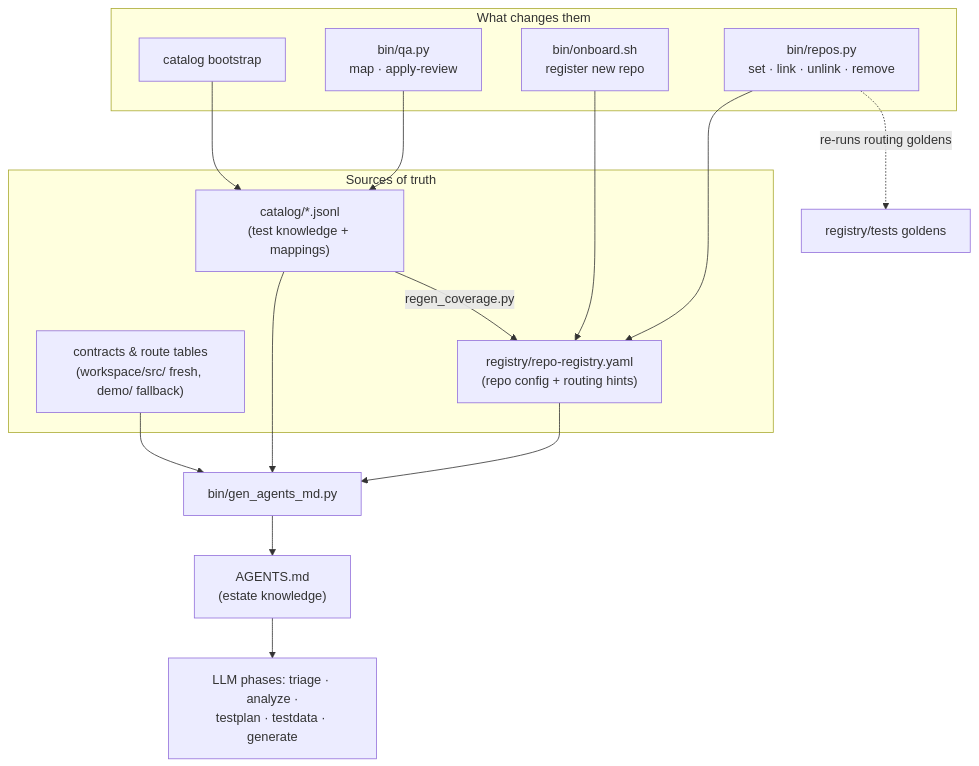
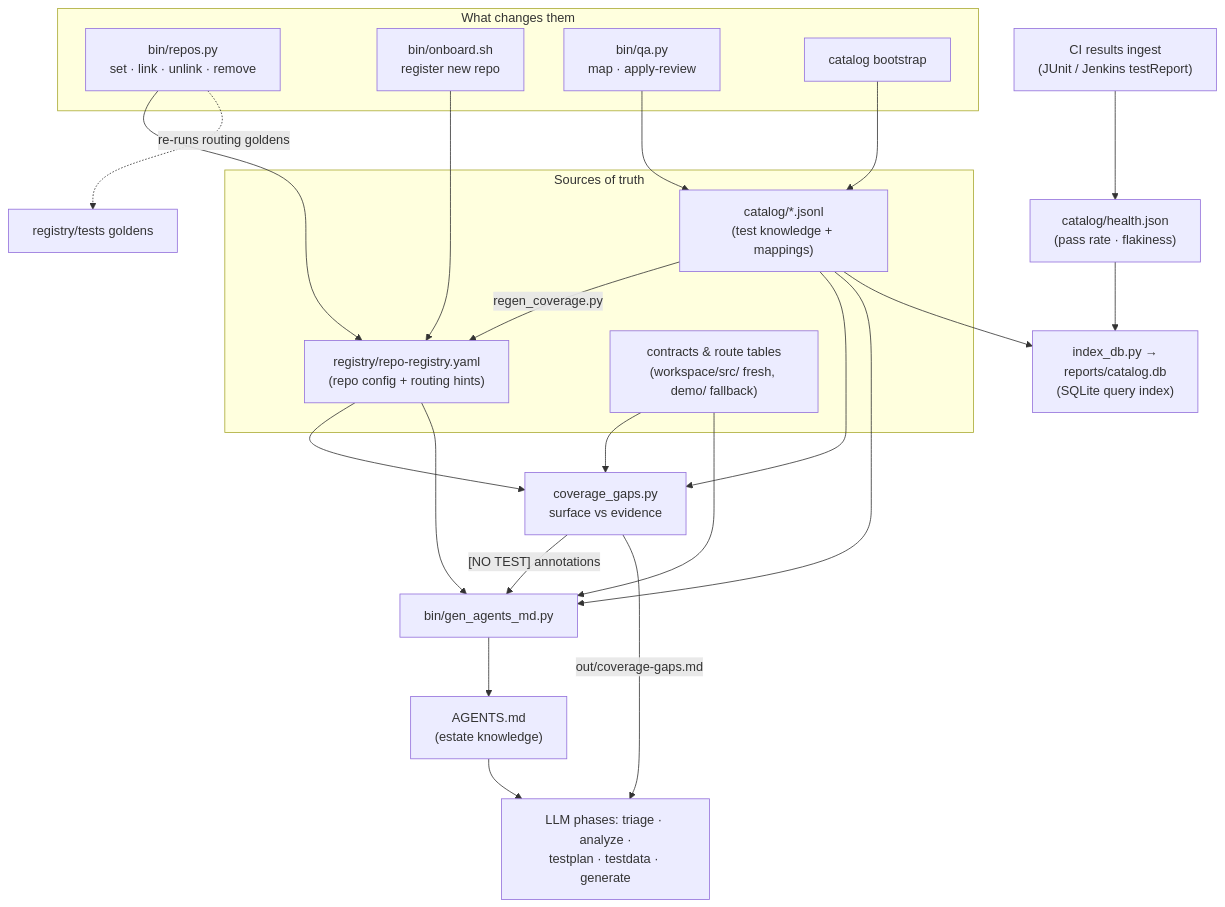
One commit to anandtopu/auto-tests-gen changed the ninth of 11 diagrams in docs/diagrams.md. Above: the diagram before and after it, drawn with Mermaid. The commit also changed other lines of this file and 3 other files, not shown here.

First line of the commit message:
docs: bring documentation + architecture diagrams current with all shipped features

````diff
--- a/docs/diagrams.md
+++ b/docs/diagrams.md
@@ -193,28 +208,37 @@
 ```mermaid
 flowchart TD
     subgraph SOURCES["Sources of truth"]
         REG["registry/repo-registry.yaml<br/>(repo config + routing hints)"]
         CAT["catalog/*.jsonl<br/>(test knowledge + mappings)"]
         ART["contracts & route tables<br/>(workspace/src/ fresh, demo/ fallback)"]
     end
 
     subgraph WRITERS["What changes them"]
         RP["bin/repos.py<br/>set · link · unlink · remove"]
         OB["bin/onboard.sh<br/>register new repo"]
         QA["bin/qa.py<br/>map · apply-review"]
         BS["catalog bootstrap"]
     end
 
+    CI["CI results ingest<br/>(JUnit / Jenkins testReport)"] --> HL["catalog/health.json<br/>(pass rate · flakiness)"]
+
     RP --> REG
     OB --> REG
     QA --> CAT
     BS --> CAT
     CAT -- "regen_coverage.py" --> REG
 
+    REG --> GAPS["coverage_gaps.py<br/>surface vs evidence"]
+    CAT --> GAPS
+    ART --> GAPS
     REG --> GEN["bin/gen_agents_md.py"]
     CAT --> GEN
     ART --> GEN
+    GAPS -- "[NO TEST] annotations" --> GEN
     GEN --> AG["AGENTS.md<br/>(estate knowledge)"]
     AG --> PH["LLM phases: triage · analyze ·<br/>testplan · testdata · generate"]
+    GAPS -- "out/coverage-gaps.md" --> PH
+    CAT --> DB["index_db.py →<br/>reports/catalog.db<br/>(SQLite query index)"]
+    HL --> DB
     RP -. "re-runs routing goldens" .-> GT["registry/tests goldens"]
 ```
````
